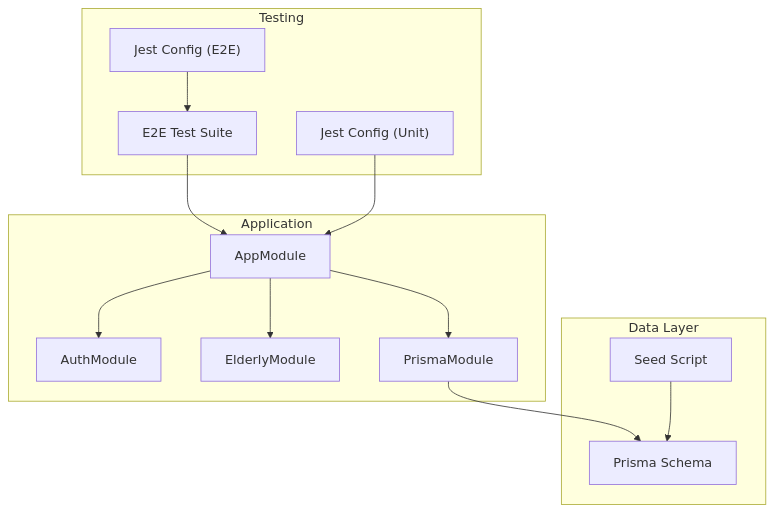
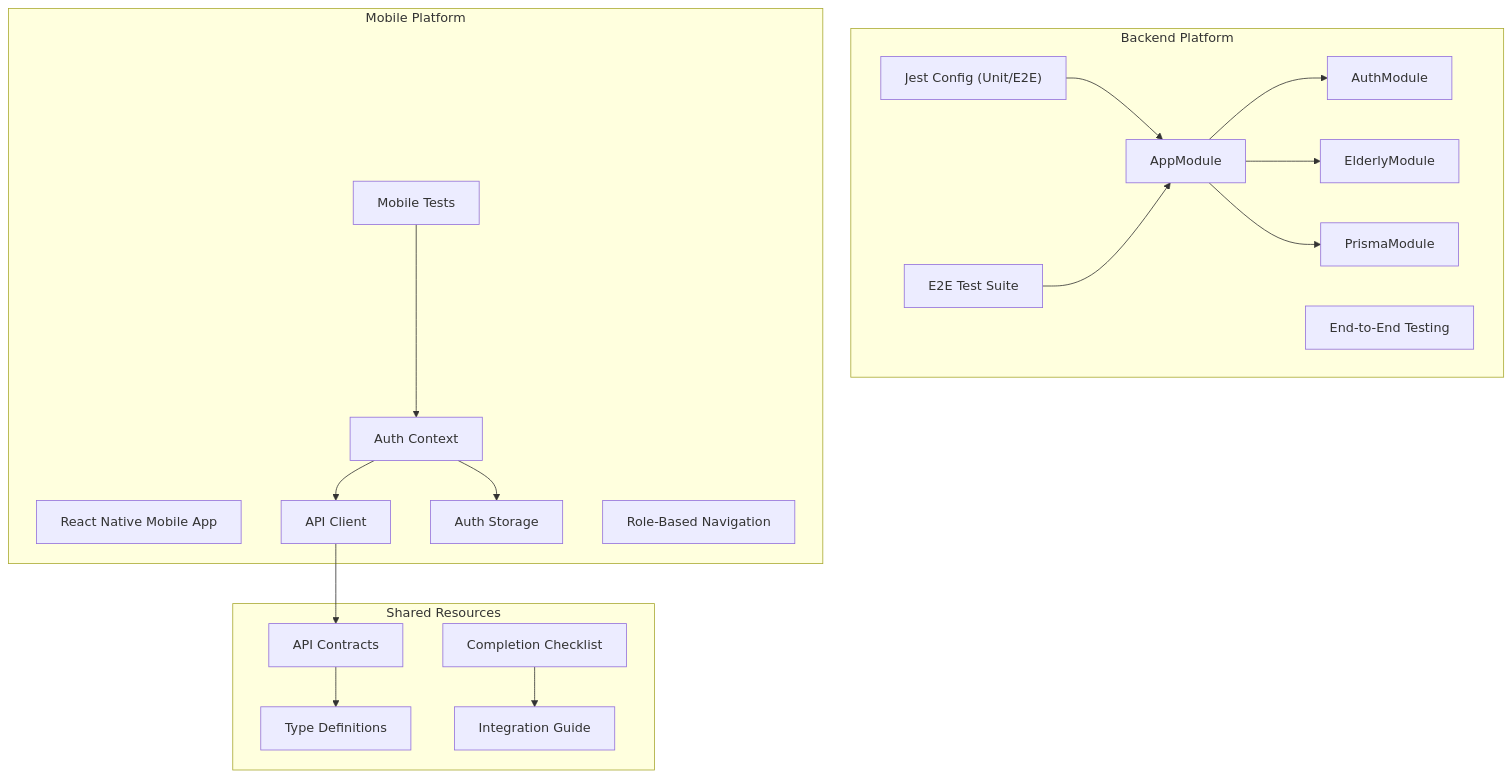
The first of 14 diagrams in .qoder/repowiki/en/content/Testing & Deployment.md (jairosouza67/99-Pai), drawn with Mermaid before and after one commit. The commit also changed other lines of this file and 17 other files, not shown here.

````diff
--- a/.qoder/repowiki/en/content/Testing & Deployment.md
+++ b/.qoder/repowiki/en/content/Testing & Deployment.md
@@ -40,26 +66,37 @@
 ```mermaid
 graph TB
-subgraph "Application"
+subgraph "Backend Platform"
 AppModule["AppModule"]
 AuthModule["AuthModule"]
 ElderlyModule["ElderlyModule"]
 PrismaModule["PrismaModule"]
+TestConfig["Jest Config (Unit/E2E)"]
+E2ETest["E2E Test Suite"]
+EndToEnd["End-to-End Testing"]
 end
-subgraph "Testing"
-JestCfg["Jest Config (Unit)"]
-E2ECfg["Jest Config (E2E)"]
-E2ETest["E2E Test Suite"]
+subgraph "Mobile Platform"
+MobileApp["React Native Mobile App"]
+AuthProvider["Auth Context"]
+APIClient["API Client"]
+StorageLayer["Auth Storage"]
+Navigation["Role-Based Navigation"]
+MobileTests["Mobile Tests"]
 end
-subgraph "Data Layer"
-PrismaSchema["Prisma Schema"]
-SeedScript["Seed Script"]
+subgraph "Shared Resources"
+APIContracts["API Contracts"]
+TypeDefinitions["Type Definitions"]
+CompletionChecklist["Completion Checklist"]
+IntegrationGuide["Integration Guide"]
 end
 AppModule --> AuthModule
 AppModule --> ElderlyModule
 AppModule --> PrismaModule
+TestConfig --> AppModule
 E2ETest --> AppModule
-JestCfg --> AppModule
-E2ECfg --> E2ETest
-PrismaModule --> PrismaSchema
-SeedScript --> PrismaSchema
+AuthProvider --> APIClient
+AuthProvider --> StorageLayer
+APIClient --> APIContracts
+MobileTests --> AuthProvider
+APIContracts --> TypeDefinitions
+CompletionChecklist --> IntegrationGuide
 ```
````
